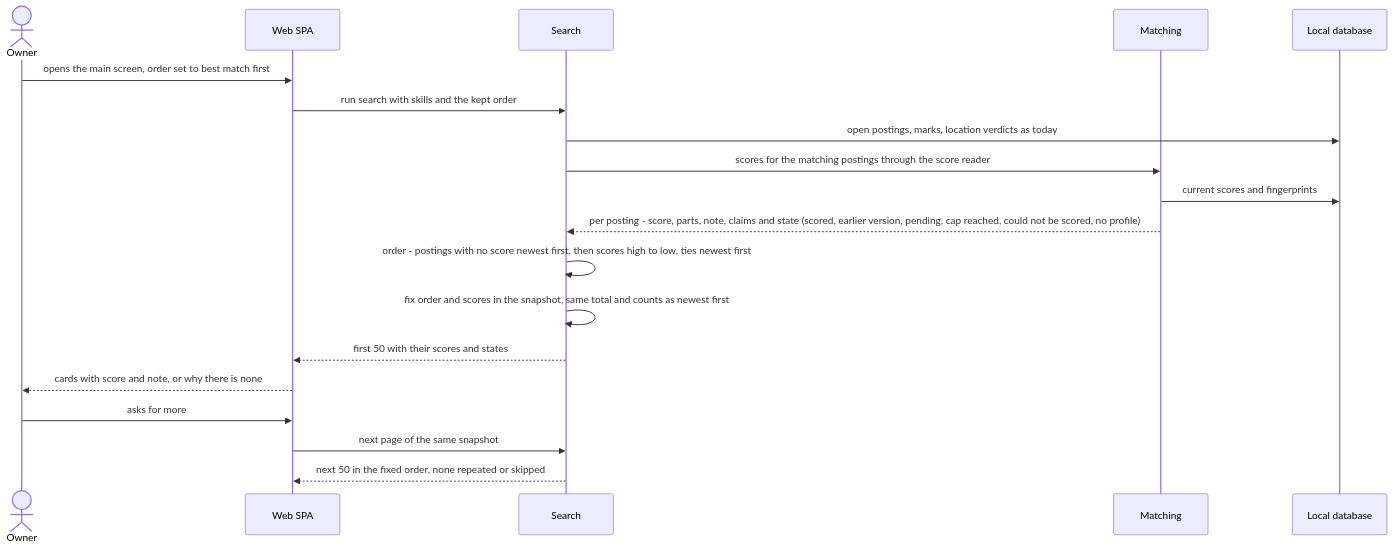
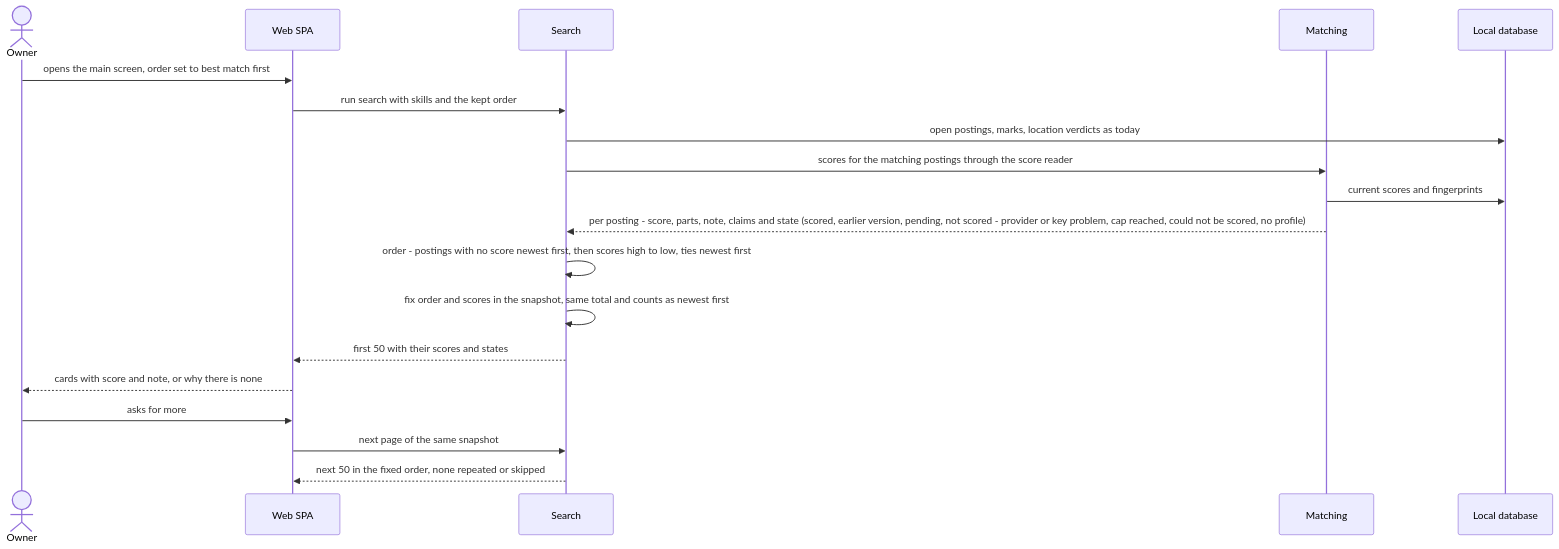
The fourth of 5 diagrams in docs/features/match-score/sad.md (DeveloperFromUkraine/job-radar), drawn with Mermaid before and after one commit. The commit also changed other lines of this file and 2 other files, not shown here.

First line of the commit message:
design: match-score finalization (critic pass)

````diff
--- a/docs/features/match-score/sad.md
+++ b/docs/features/match-score/sad.md
@@ -203,22 +203,22 @@
 ```mermaid
 sequenceDiagram
     actor Owner
     participant Web as Web SPA
     participant Search
     participant Matching
     participant DB as Local database
 
     Owner->>Web: opens the main screen, order set to best match first
     Web->>Search: run search with skills and the kept order
     Search->>DB: open postings, marks, location verdicts as today
     Search->>Matching: scores for the matching postings through the score reader
     Matching->>DB: current scores and fingerprints
-    Matching-->>Search: per posting - score, parts, note, claims and state (scored, earlier version, pending, cap reached, could not be scored, no profile)
+    Matching-->>Search: per posting - score, parts, note, claims and state (scored, earlier version, pending, not scored - provider or key problem, cap reached, could not be scored, no profile)
     Search->>Search: order - postings with no score newest first, then scores high to low, ties newest first
     Search->>Search: fix order and scores in the snapshot, same total and counts as newest first
     Search-->>Web: first 50 with their scores and states
     Web-->>Owner: cards with score and note, or why there is none
     Owner->>Web: asks for more
     Web->>Search: next page of the same snapshot
     Search-->>Web: next 50 in the fixed order, none repeated or skipped
 ```
````
